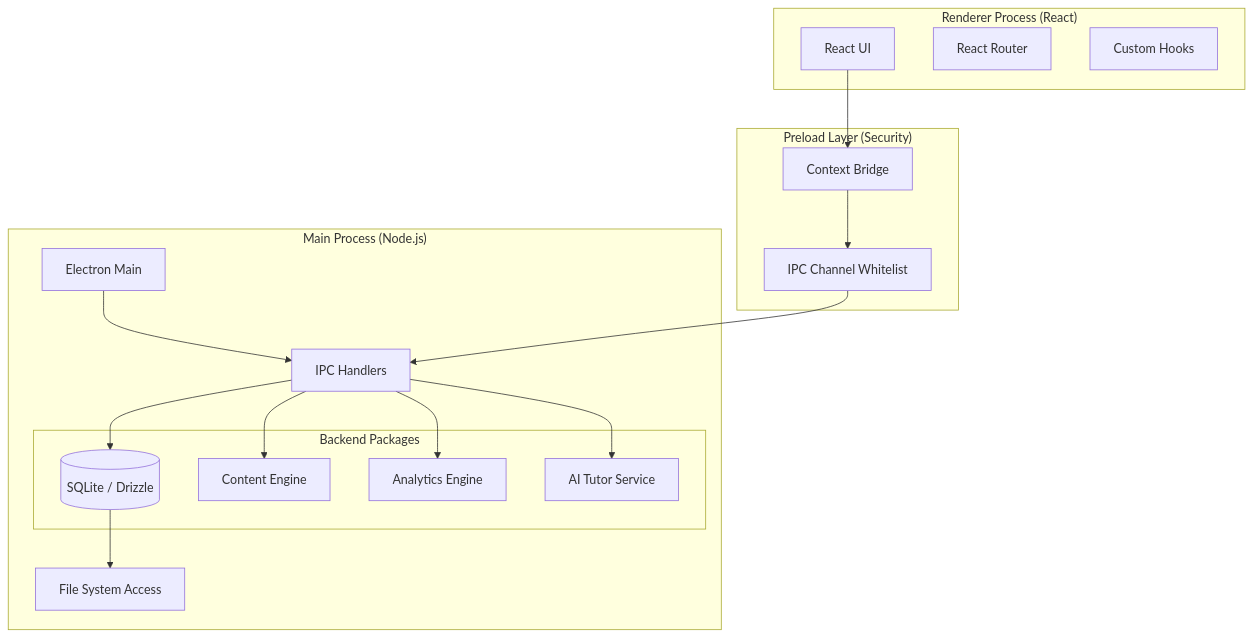
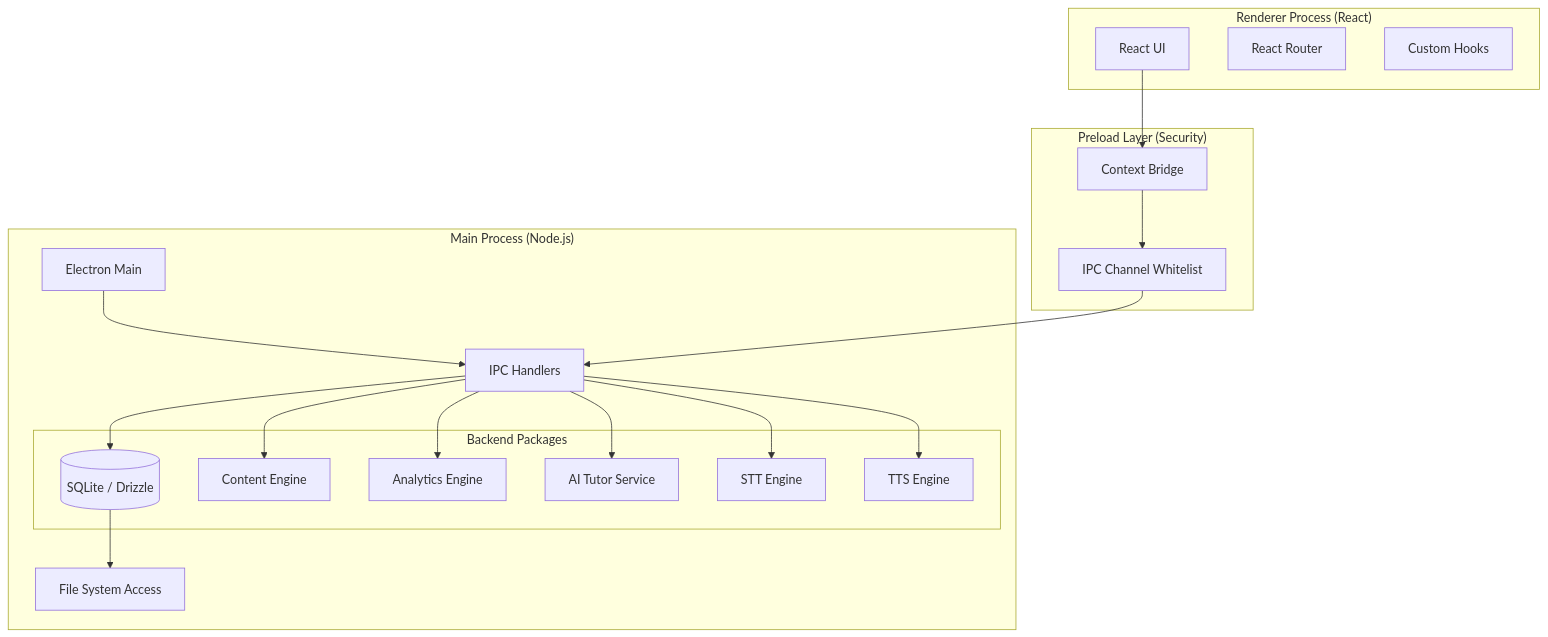
The diagram in project_context.md (navgurukul/AFE-Learning-App), drawn with Mermaid before and after one commit. The commit also changed other lines of this file and 9 other files, not shown here.

````diff
--- a/project_context.md
+++ b/project_context.md
@@ -17,37 +18,41 @@
 ```mermaid
 graph TD
     subgraph "Main Process (Node.js)"
         Main[Electron Main]
         IPC_Handlers[IPC Handlers]
         Filesystem[File System Access]
         
         subgraph "Backend Packages"
             DB[(SQLite / Drizzle)]
             Content[Content Engine]
             Analytics[Analytics Engine]
             AI[AI Tutor Service]
+            STT[STT Engine]
+            TTS[TTS Engine]
         end
         
         Main --> IPC_Handlers
         IPC_Handlers --> DB
         IPC_Handlers --> Content
         IPC_Handlers --> Analytics
         IPC_Handlers --> AI
+        IPC_Handlers --> STT
+        IPC_Handlers --> TTS
         DB --> Filesystem
     end
 
     subgraph "Renderer Process (React)"
         UI[React UI]
         Router[React Router]
         Hooks[Custom Hooks]
     end
 
     subgraph "Preload Layer (Security)"
         Bridge[Context Bridge]
         Whitelist[IPC Channel Whitelist]
     end
 
     UI --> Bridge
     Bridge --> Whitelist
     Whitelist --> IPC_Handlers
 ```
````
